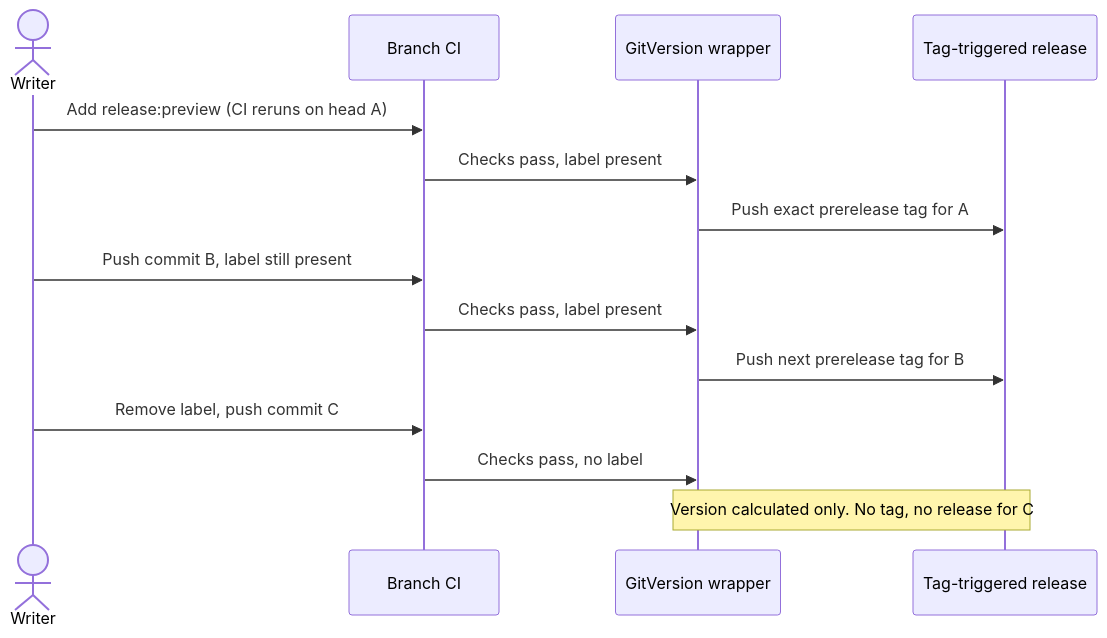
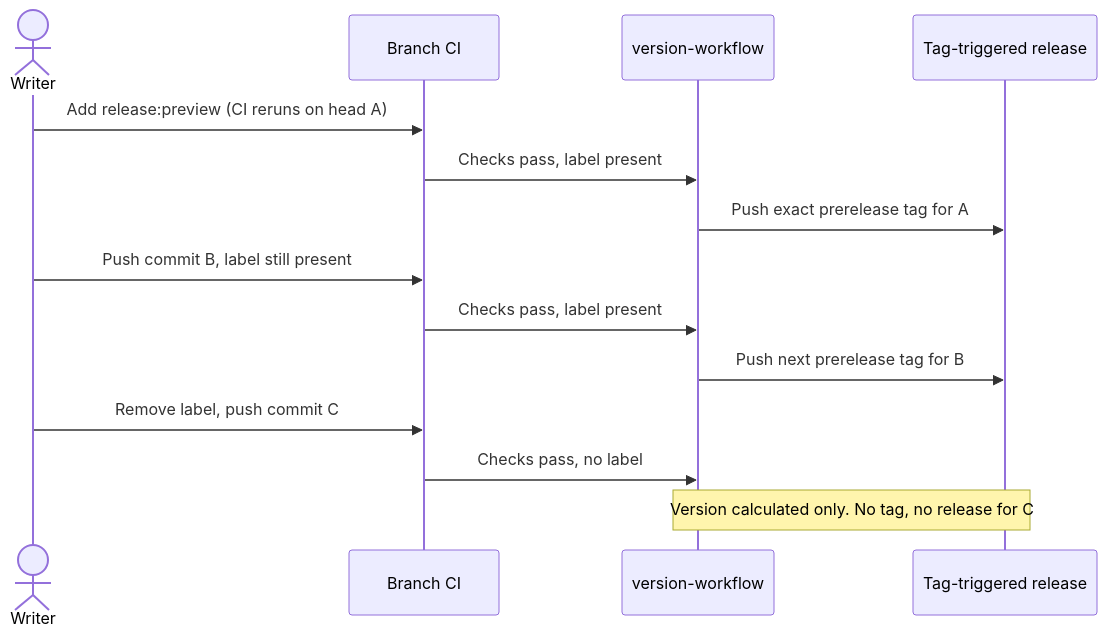
Before and after one commit to vhco-pro/docs: the second of 2 diagrams in knowledge/tag-driven-go-releases.md, drawn with Mermaid. The commit also changed other lines of this file and 3 other files, not shown here.

````diff
--- a/knowledge/tag-driven-go-releases.md
+++ b/knowledge/tag-driven-go-releases.md
@@ -94,16 +91,16 @@
 ```mermaid
 sequenceDiagram
     actor Writer
     participant CI as Branch CI
-    participant GV as GitVersion wrapper
+    participant GV as version-workflow
     participant Rel as Tag-triggered release
     Writer->>CI: Add release:preview (CI reruns on head A)
     CI->>GV: Checks pass, label present
     GV->>Rel: Push exact prerelease tag for A
     Writer->>CI: Push commit B, label still present
     CI->>GV: Checks pass, label present
     GV->>Rel: Push next prerelease tag for B
     Writer->>CI: Remove label, push commit C
     CI->>GV: Checks pass, no label
     Note over GV,Rel: Version calculated only. No tag, no release for C
 ```
````
